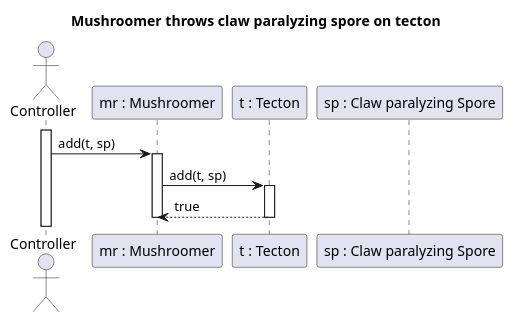
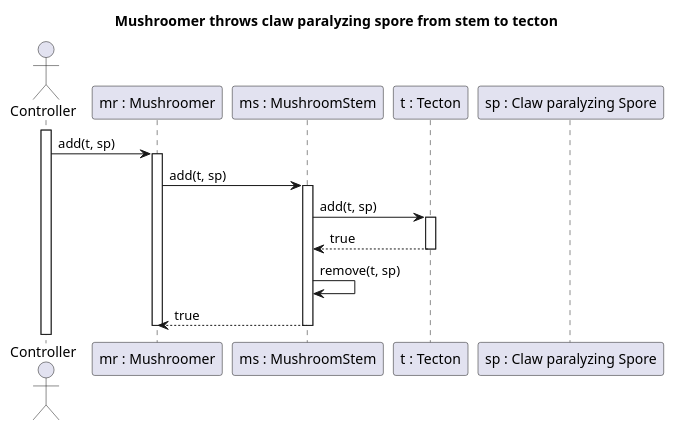
One commit to Petya-G/fungorium changed the diagram in 5/sequences/spore/throwsClawParalyzingSpore.puml. Above: the diagram before and after it, drawn with PlantUML. The commit also changed 5 other files, not shown here.

Commit message:
added more diagrams

```diff
--- a/5/sequences/spore/throwsClawParalyzingSpore.puml
+++ b/5/sequences/spore/throwsClawParalyzingSpore.puml
@@ -1,20 +1,28 @@
-@startuml Mushroomer throws claw paralyzing spore on tecton
-title Mushroomer throws claw paralyzing spore on tecton
+@startuml Mushroomer throws claw paralyzing spore from stem to tecton
+title Mushroomer throws claw paralyzing spore from stem to tecton
 
 actor Controller
 participant "mr : Mushroomer" as MR
+participant "ms : MushroomStem" as MS
 participant "t : Tecton" as T
 participant "sp : Claw paralyzing Spore" as SP
 
 activate Controller
 Controller -> MR : add(t, sp)
 activate MR
 
-MR -> T : add(t, sp)
+MR -> MS : add(t, sp)
+activate MS
+
+MS -> T : add(t, sp)
 activate T
 
-MR <-- T : true
+MS <-- T : true
 deactivate T
+
+MS -> MS : remove(t, sp)
+MR <-- MS : true
+deactivate MS
 
 deactivate MR
 @enduml
```
